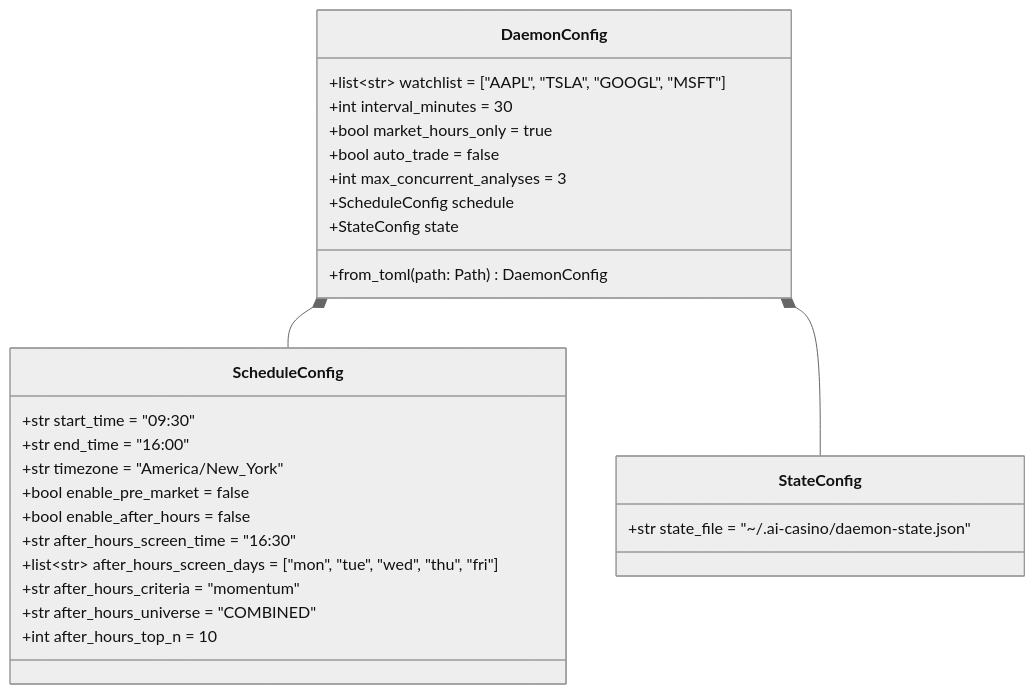
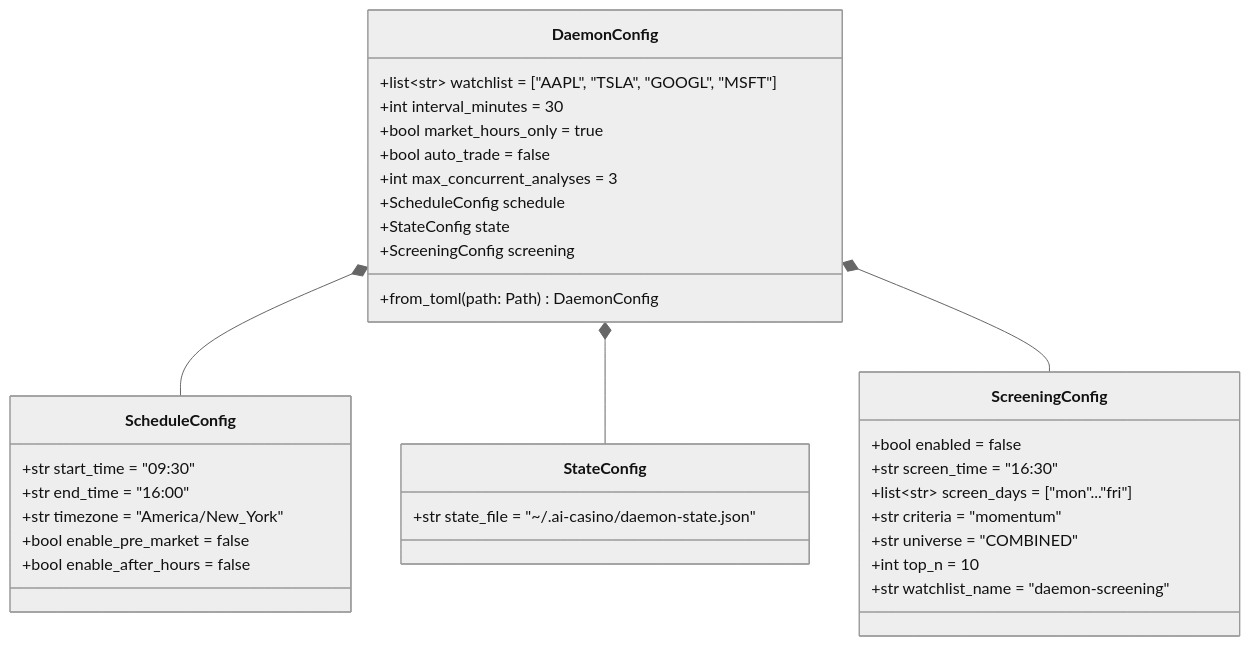
The first of 3 diagrams in docs/daemon-operations.md (Automaat/ai-casino), drawn with Mermaid (neutral theme) before and after one commit. The commit also changed other lines of this file and 5 other files, not shown here.

First line of the commit message:
feat: integrate stock screener into daemon watchlist (#198)

````diff
--- a/docs/daemon-operations.md
+++ b/docs/daemon-operations.md
@@ -25,33 +25,40 @@
 ```mermaid
 classDiagram
     class DaemonConfig {
         +list~str~ watchlist = ["AAPL", "TSLA", "GOOGL", "MSFT"]
         +int interval_minutes = 30
         +bool market_hours_only = true
         +bool auto_trade = false
         +int max_concurrent_analyses = 3
         +ScheduleConfig schedule
         +StateConfig state
+        +ScreeningConfig screening
         +from_toml(path: Path) DaemonConfig
     }
 
     class ScheduleConfig {
         +str start_time = "09:30"
         +str end_time = "16:00"
         +str timezone = "America/New_York"
         +bool enable_pre_market = false
         +bool enable_after_hours = false
-        +str after_hours_screen_time = "16:30"
-        +list~str~ after_hours_screen_days = ["mon", "tue", "wed", "thu", "fri"]
-        +str after_hours_criteria = "momentum"
-        +str after_hours_universe = "COMBINED"
-        +int after_hours_top_n = 10
     }
 
     class StateConfig {
         +str state_file = "~/.ai-casino/daemon-state.json"
     }
 
+    class ScreeningConfig {
+        +bool enabled = false
+        +str screen_time = "16:30"
+        +list~str~ screen_days = ["mon"..."fri"]
+        +str criteria = "momentum"
+        +str universe = "COMBINED"
+        +int top_n = 10
+        +str watchlist_name = "daemon-screening"
+    }
+
     DaemonConfig *-- ScheduleConfig
     DaemonConfig *-- StateConfig
+    DaemonConfig *-- ScreeningConfig
 ```
````
